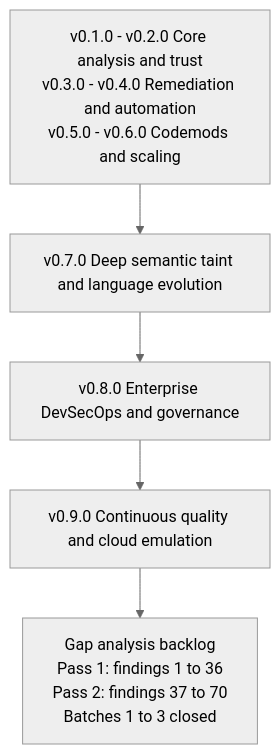
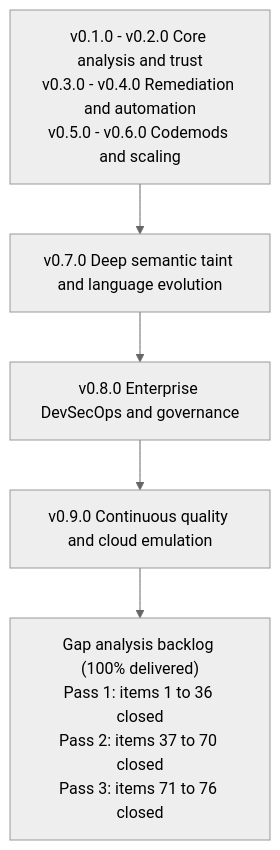
The diagram in docs/ROADMAP.md (23skdu/terraform_ast), drawn with Mermaid (neutral theme) before and after one commit. The commit also changed other lines of this file, not shown here.

First line of the commit message:
docs(roadmap): remove completed backlog items and update delivery status

````diff
--- a/docs/ROADMAP.md
+++ b/docs/ROADMAP.md
@@ -9,7 +9,7 @@
 ```mermaid
 flowchart TD
     A["v0.1.0 - v0.2.0 Core analysis and trust<br/>v0.3.0 - v0.4.0 Remediation and automation<br/>v0.5.0 - v0.6.0 Codemods and scaling"] --> B["v0.7.0 Deep semantic taint and language evolution"]
     B --> C["v0.8.0 Enterprise DevSecOps and governance"]
     C --> D["v0.9.0 Continuous quality and cloud emulation"]
-    D --> E["Gap analysis backlog<br/>Pass 1: findings 1 to 36<br/>Pass 2: findings 37 to 70<br/>Batches 1 to 3 closed"]
+    D --> E["Gap analysis backlog (100% delivered)<br/>Pass 1: items 1 to 36 closed<br/>Pass 2: items 37 to 70 closed<br/>Pass 3: items 71 to 76 closed"]
 ```
````
